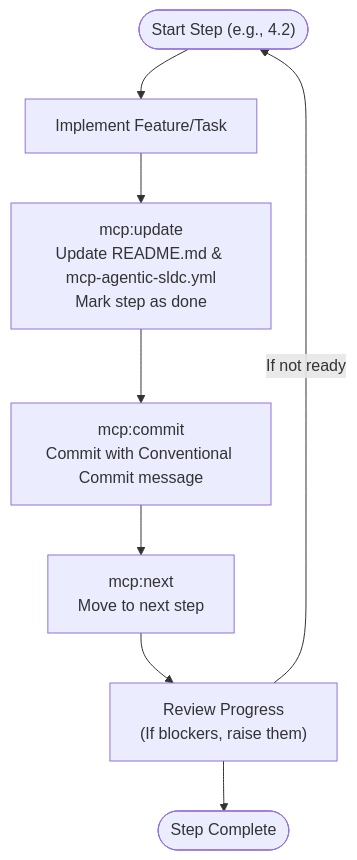
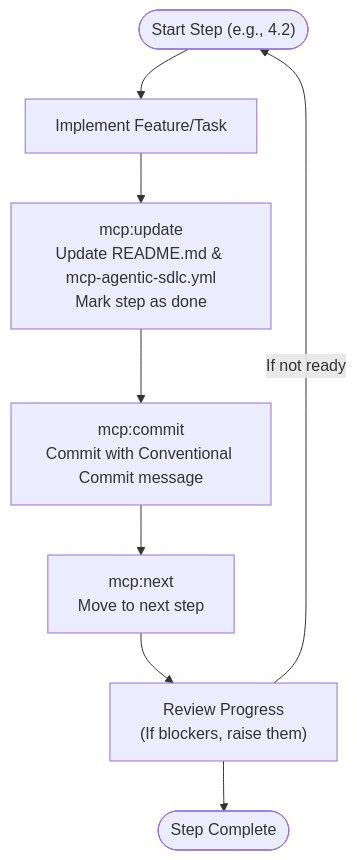
The first of 2 diagrams in awp/AWP_README.md (michaelwybraniec/mcp-agentic-sdlc), drawn with Mermaid before and after one commit. The commit also changed other lines of this file and 3 other files, not shown here.

````diff
--- a/awp/AWP_README.md
+++ b/awp/AWP_README.md
@@ -50,13 +50,13 @@
 ```mermaid
 flowchart TD
     Start(["Start Step (e.g., 4.2)"])
     Code["Implement Feature/Task"]
-    Update["mcp:update\nUpdate README.md & mcp-agentic-sldc.yml\nMark step as done"]
+    Update["mcp:update\nUpdate README.md & mcp-agentic-sdlc.yml\nMark step as done"]
     Commit["mcp:commit\nCommit with Conventional Commit message"]
     Next["mcp:next\nMove to next step"]
     Review["Review Progress\n(If blockers, raise them)"]
     Done(["Step Complete"])
 
     Start --> Code --> Update --> Commit --> Next --> Review --> Done
     Review -- "If not ready" --> Start
 ```
````
